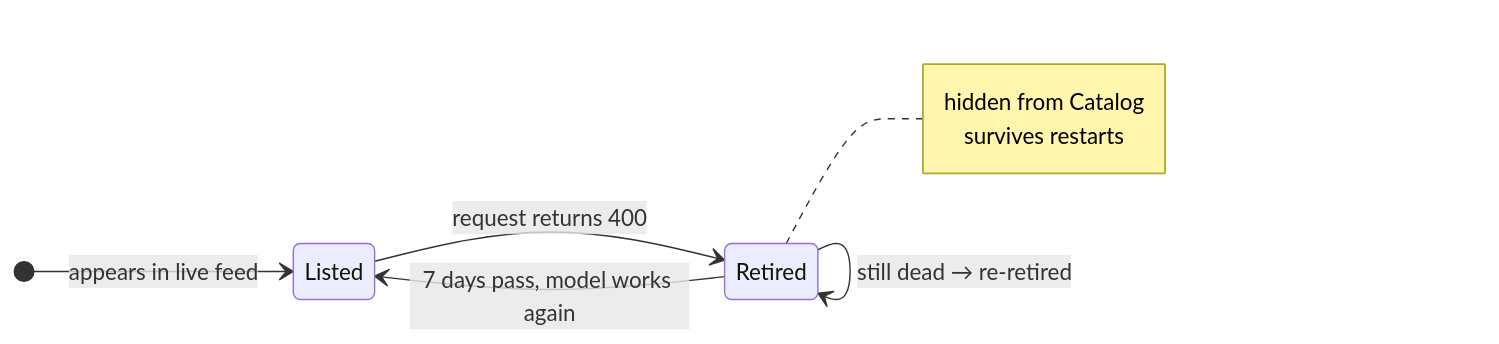
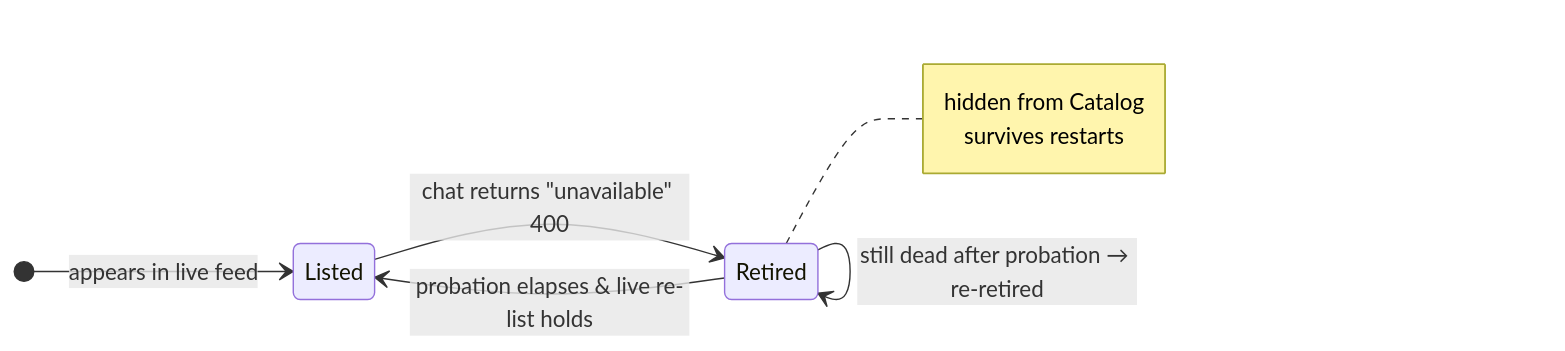
One commit to huranth/lingling changed the sixth of 16 diagrams in ARCHITECTURE.md. Above: the diagram before and after it, drawn with Mermaid. The commit also changed other lines of this file and 5 other files, not shown here.

````diff
--- a/ARCHITECTURE.md
+++ b/ARCHITECTURE.md
@@ -196,12 +198,12 @@
 ```mermaid
 stateDiagram-v2
     direction LR
     [*] --> Listed: appears in live feed
-    Listed --> Retired: request returns 400
-    Retired --> Listed: 7 days pass, model works again
-    Retired --> Retired: still dead → re-retired
+    Listed --> Retired: chat returns "unavailable" 400
+    Retired --> Listed: probation elapses & live re-list holds
+    Retired --> Retired: still dead after probation → re-retired
     note right of Retired
         hidden from Catalog
         survives restarts
     end note
 ```
````
